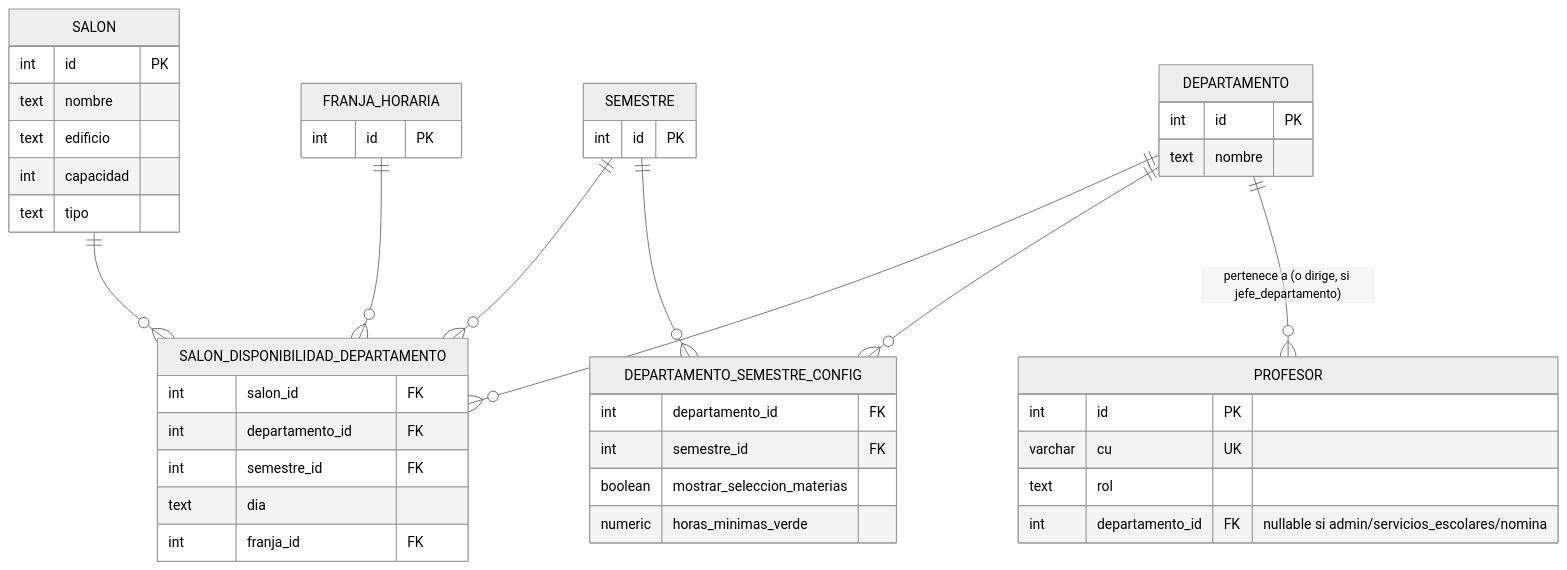
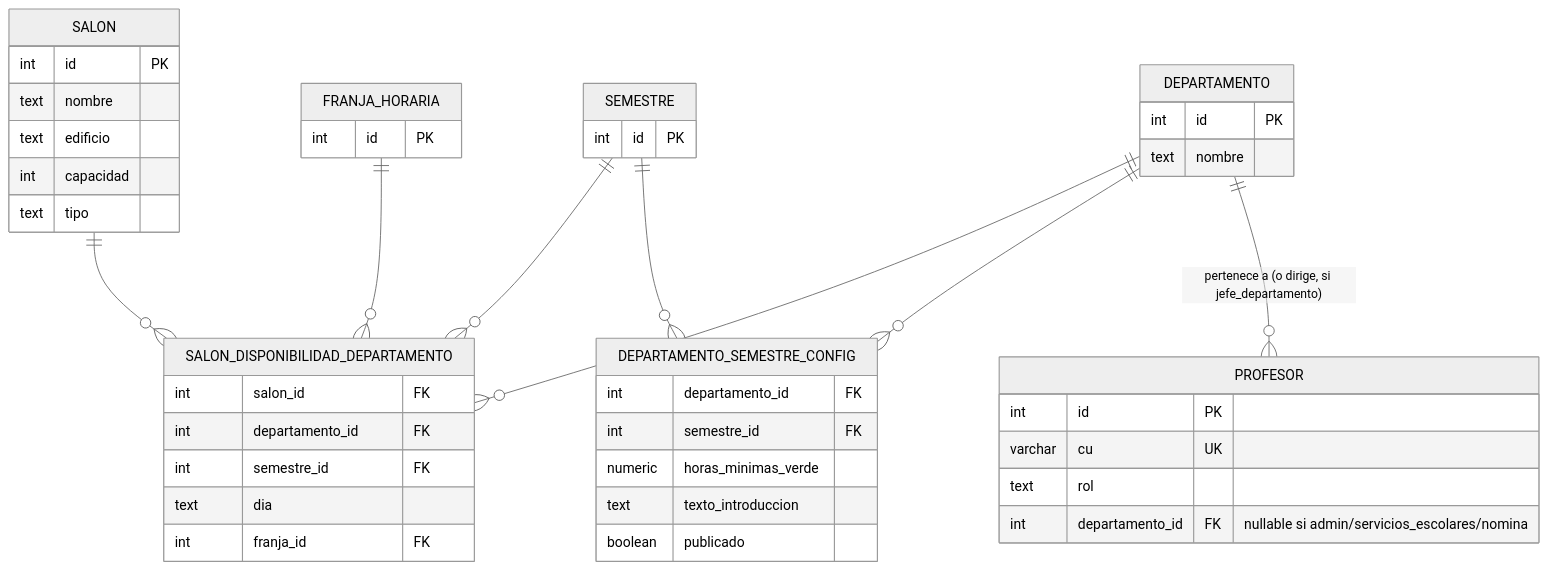
Before and after one commit to PauGarza/malla-horarios-web: the fifth of 5 diagrams in bd/diagrama-er.md, drawn with Mermaid (neutral theme). The commit also changed other lines of this file and 47 other files, not shown here.

````diff
--- a/bd/diagrama-er.md
+++ b/bd/diagrama-er.md
@@ -266,47 +311,48 @@
 ```mermaid
 erDiagram
     SALON {
         int id PK
         text nombre
         text edificio
         int capacidad
         text tipo
     }
     DEPARTAMENTO {
         int id PK
         text nombre
     }
     SEMESTRE {
         int id PK
     }
     FRANJA_HORARIA {
         int id PK
     }
     SALON_DISPONIBILIDAD_DEPARTAMENTO {
         int salon_id FK
         int departamento_id FK
         int semestre_id FK
         text dia
         int franja_id FK
     }
     DEPARTAMENTO_SEMESTRE_CONFIG {
         int departamento_id FK
         int semestre_id FK
-        boolean mostrar_seleccion_materias
         numeric horas_minimas_verde
+        text texto_introduccion
+        boolean publicado
     }
     PROFESOR {
         int id PK
         varchar cu UK
         text rol
         int departamento_id FK "nullable si admin/servicios_escolares/nomina"
     }
 
     SALON ||--o{ SALON_DISPONIBILIDAD_DEPARTAMENTO : ""
     DEPARTAMENTO ||--o{ SALON_DISPONIBILIDAD_DEPARTAMENTO : ""
     SEMESTRE ||--o{ SALON_DISPONIBILIDAD_DEPARTAMENTO : ""
     FRANJA_HORARIA ||--o{ SALON_DISPONIBILIDAD_DEPARTAMENTO : ""
     DEPARTAMENTO ||--o{ DEPARTAMENTO_SEMESTRE_CONFIG : ""
     SEMESTRE ||--o{ DEPARTAMENTO_SEMESTRE_CONFIG : ""
     DEPARTAMENTO ||--o{ PROFESOR : "pertenece a (o dirige, si jefe_departamento)"
 ```
````
